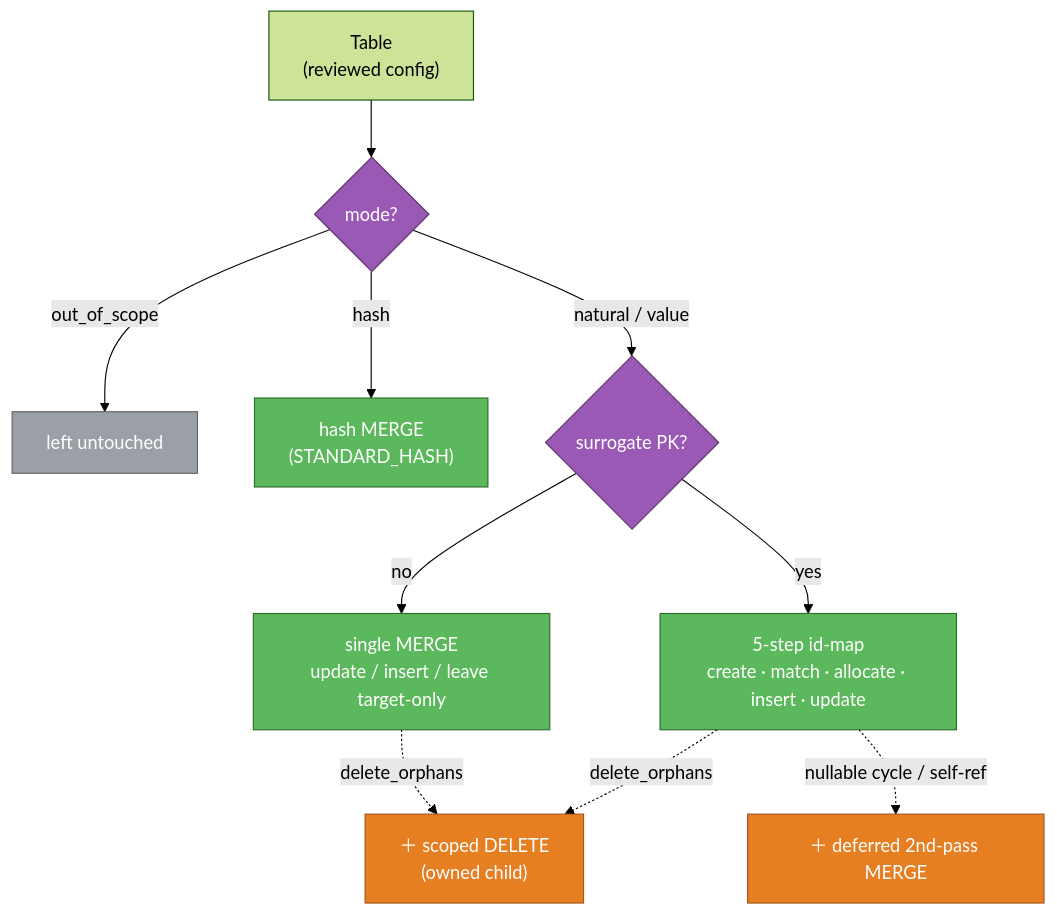
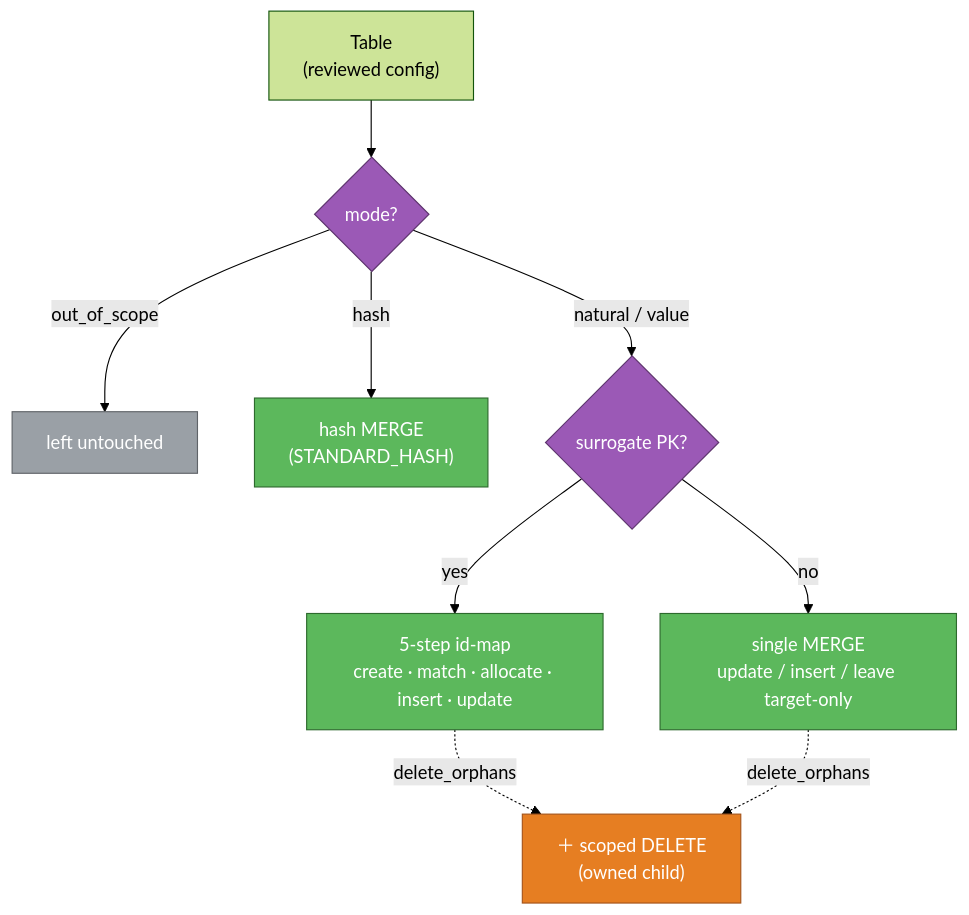
The second of 2 diagrams in README.md (eliezio/resync), drawn with Mermaid (forest theme) before and after one commit. The commit also changed other lines of this file and 8 other files, not shown here.

````diff
--- a/README.md
+++ b/README.md
@@ -81,23 +80,22 @@
 ```mermaid
 flowchart TD
     T["Table<br/>(reviewed config)"] --> MODE{"mode?"}
     MODE -->|out_of_scope| OOS["left untouched"]
     MODE -->|hash| HS["hash MERGE<br/>(STANDARD_HASH)"]
     MODE -->|"natural / value"| SUR{"surrogate PK?"}
     SUR -->|yes| IDM["5-step id-map<br/>create · match · allocate · insert · update"]
     SUR -->|no| MN["single MERGE<br/>update / insert / leave target-only"]
 
     IDM -.->|delete_orphans| DO["＋ scoped DELETE<br/>(owned child)"]
     MN  -.->|delete_orphans| DO
-    IDM -.->|"nullable cycle / self-ref"| DF["＋ deferred 2nd-pass MERGE"]
 
     classDef dec   fill:#9b59b6,stroke:#5e356e,color:#fff;
     classDef write fill:#5cb85c,stroke:#2d6a2d,color:#fff;
     classDef keep  fill:#9aa0a6,stroke:#5f6368,color:#fff;
     classDef fix   fill:#e67e22,stroke:#a5541a,color:#fff;
 
     class MODE,SUR dec;
     class HS,IDM,MN write;
     class OOS keep;
-    class DO,DF fix;
+    class DO fix;
 ```
````
